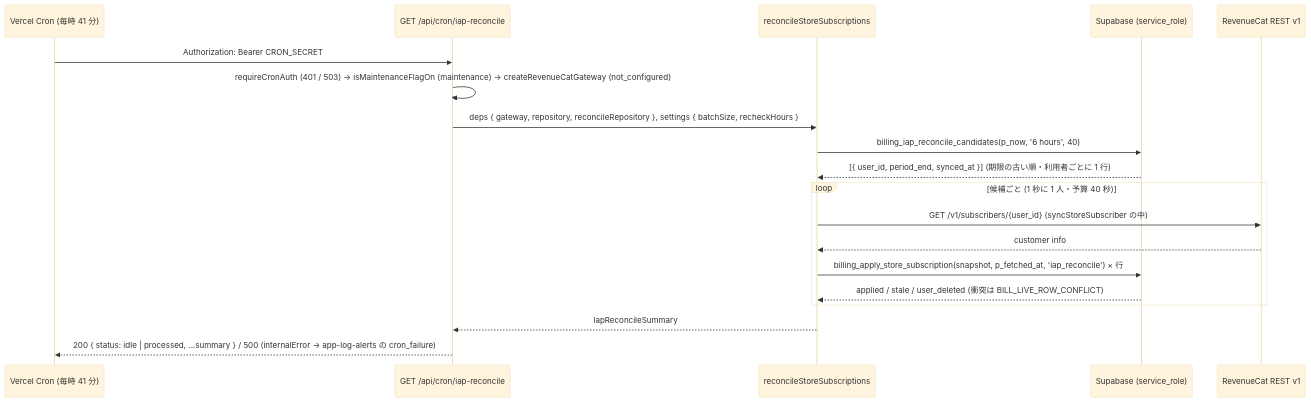
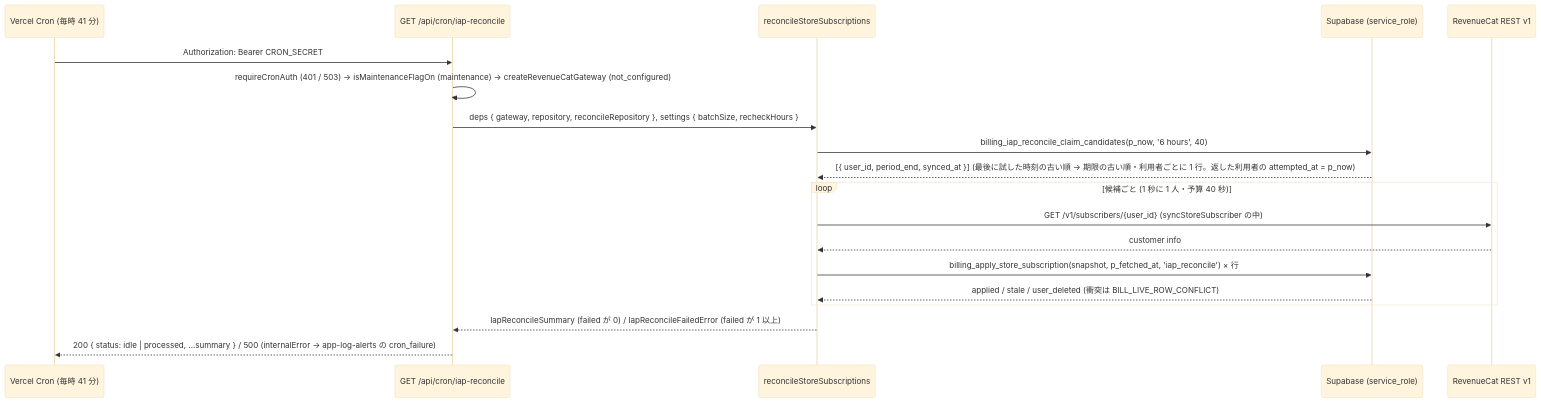
One commit to DaisukeHori/homegohan-app changed the diagram in docs/design/billing/04-iap-reconcile.md. Above: the diagram before and after it, drawn with Mermaid (base theme). The commit also changed other lines of this file, not shown here.

Commit message:
docs(design): billing/04 R1 の指摘を反映 — 利用者 1 人の失敗で後ろが止まらないように失敗を分け、候補の順番を試した時刻で回す (印の表を新設)・段 A のテストから段 B の定数の参照を外す

````diff
--- a/docs/design/billing/04-iap-reconcile.md
+++ b/docs/design/billing/04-iap-reconcile.md
@@ -192,21 +196,21 @@
 ```mermaid
 sequenceDiagram
   participant V as Vercel Cron (毎時 41 分)
   participant R as GET /api/cron/iap-reconcile
   participant S as reconcileStoreSubscriptions
   participant DB as Supabase (service_role)
   participant RC as RevenueCat REST v1
   V->>R: Authorization: Bearer CRON_SECRET
   R->>R: requireCronAuth (401 / 503) → isMaintenanceFlagOn (maintenance) → createRevenueCatGateway (not_configured)
   R->>S: deps { gateway, repository, reconcileRepository }, settings { batchSize, recheckHours }
-  S->>DB: billing_iap_reconcile_candidates(p_now, '6 hours', 40)
-  DB-->>S: [{ user_id, period_end, synced_at }] (期限の古い順・利用者ごとに 1 行)
+  S->>DB: billing_iap_reconcile_claim_candidates(p_now, '6 hours', 40)
+  DB-->>S: [{ user_id, period_end, synced_at }] (最後に試した時刻の古い順 → 期限の古い順・利用者ごとに 1 行。返した利用者の attempted_at = p_now)
   loop 候補ごと (1 秒に 1 人・予算 40 秒)
     S->>RC: GET /v1/subscribers/{user_id} (syncStoreSubscriber の中)
     RC-->>S: customer info
     S->>DB: billing_apply_store_subscription(snapshot, p_fetched_at, 'iap_reconcile') × 行
     DB-->>S: applied / stale / user_deleted (衝突は BILL_LIVE_ROW_CONFLICT)
   end
-  S-->>R: IapReconcileSummary
+  S-->>R: IapReconcileSummary (failed が 0) / IapReconcileFailedError (failed が 1 以上)
   R-->>V: 200 { status: idle | processed, ...summary } / 500 (internalError → app-log-alerts の cron_failure)
 ```
````
